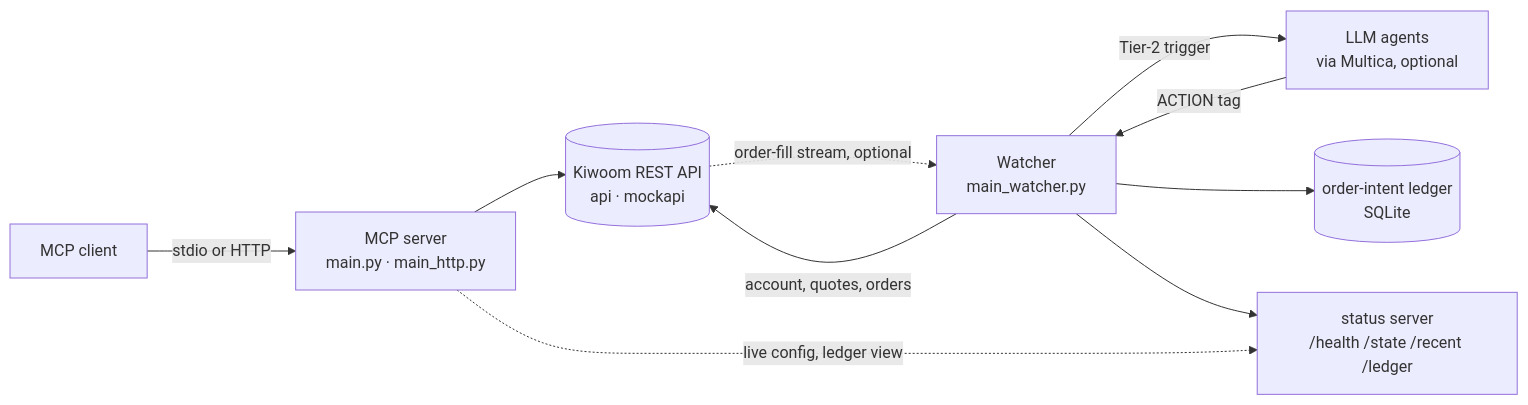
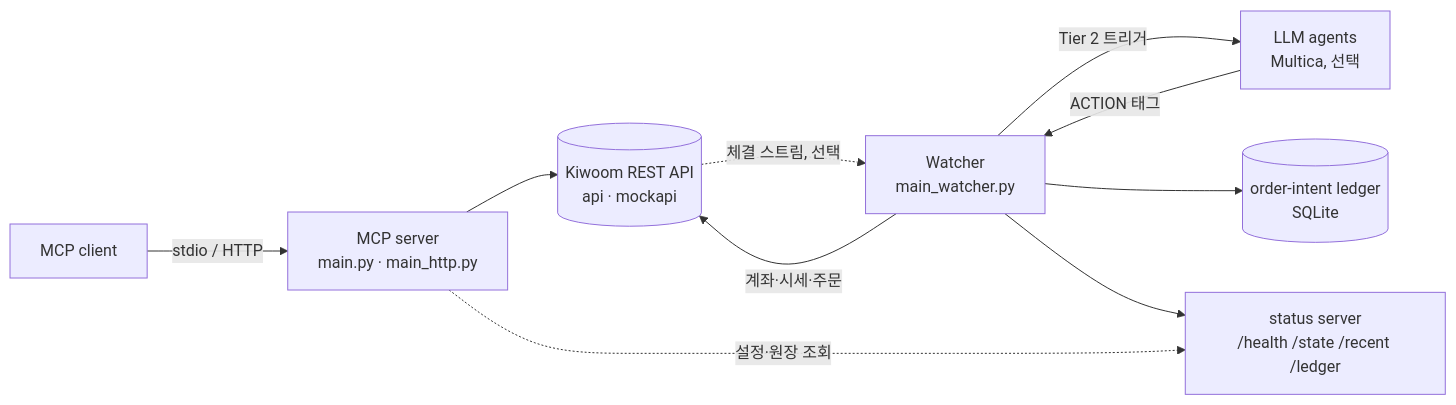
The diagram in README.md (ljy2855/agent-trader), drawn with Mermaid before and after one commit. The commit also changed other lines of this file and 1 other file, not shown here.

````diff
--- a/README.md
+++ b/README.md
@@ -34,12 +19,12 @@
 ```mermaid
 flowchart LR
-    client["MCP client"] -->|stdio or HTTP| mcp["MCP server<br/>main.py · main_http.py"]
+    client["MCP client"] -->|stdio / HTTP| mcp["MCP server<br/>main.py · main_http.py"]
     mcp --> kiwoom[("Kiwoom REST API<br/>api · mockapi")]
-    watcher["Watcher<br/>main_watcher.py"] -->|account, quotes, orders| kiwoom
-    kiwoom -.->|order-fill stream, optional| watcher
-    watcher -->|Tier-2 trigger| agents["LLM agents<br/>via Multica, optional"]
-    agents -->|ACTION tag| watcher
+    watcher["Watcher<br/>main_watcher.py"] -->|계좌·시세·주문| kiwoom
+    kiwoom -.->|체결 스트림, 선택| watcher
+    watcher -->|Tier 2 트리거| agents["LLM agents<br/>Multica, 선택"]
+    agents -->|ACTION 태그| watcher
     watcher --> ledger[("order-intent ledger<br/>SQLite")]
     watcher --> status["status server<br/>/health /state /recent /ledger"]
-    mcp -.->|live config, ledger view| status
+    mcp -.->|설정·원장 조회| status
 ```
````
